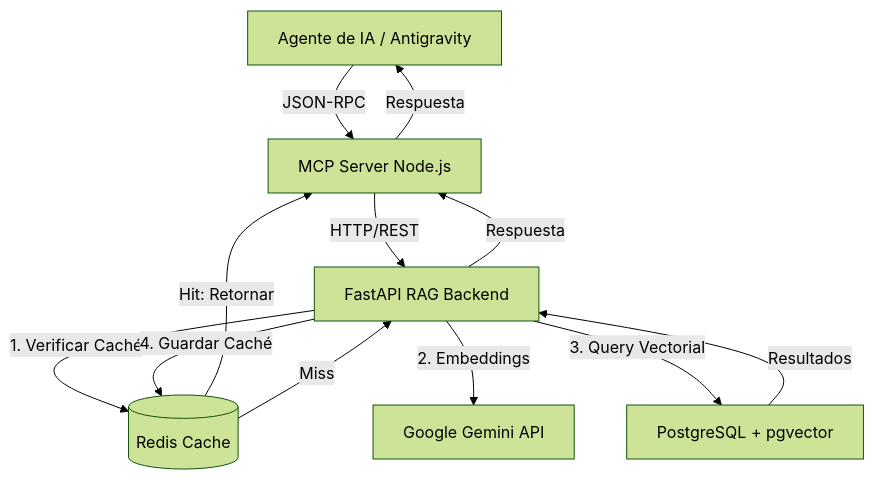
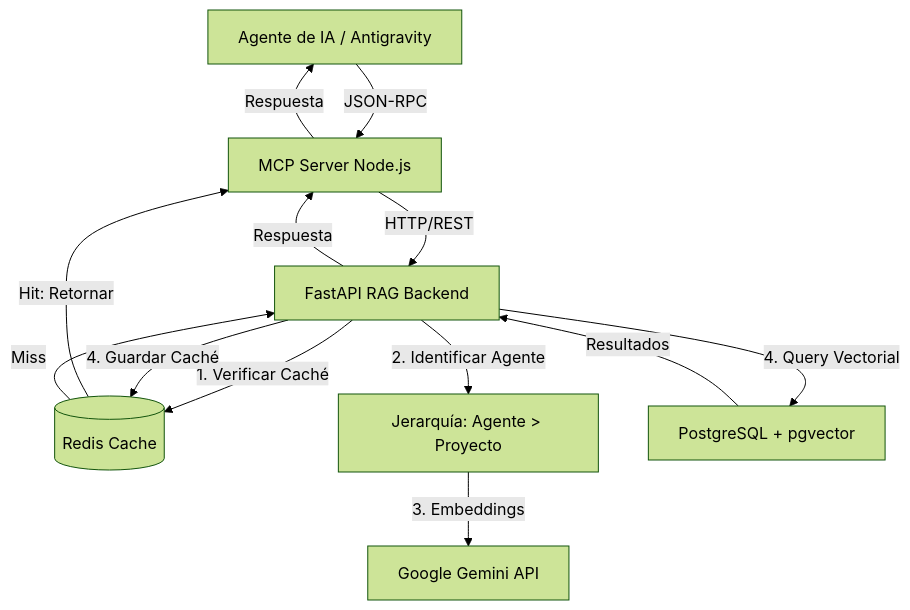
The diagram in docs/architecture.md (Enkil1976/Memoria_RAG2_MCP_Server), drawn with Mermaid (forest theme) before and after one commit. The commit also changed other lines of this file and 4 other files, not shown here.

````diff
--- a/docs/architecture.md
+++ b/docs/architecture.md
@@ -7,14 +7,15 @@
 ```mermaid
 graph TD
     A[Agente de IA / Antigravity] -->|JSON-RPC| B[MCP Server Node.js]
     B -->|HTTP/REST| C[FastAPI RAG Backend]
     C -->|1. Verificar Caché| F[(Redis Cache)]
     F -->|Hit: Retornar| B
     F -->|Miss| C
-    C -->|2. Embeddings| D[Google Gemini API]
-    C -->|3. Query Vectorial| E[PostgreSQL + pgvector]
+    C -->|2. Identificar Agente| G[Jerarquía: Agente > Proyecto]
+    G -->|3. Embeddings| D[Google Gemini API]
+    C -->|4. Query Vectorial| E[PostgreSQL + pgvector]
     E -->|Resultados| C
     C -->|4. Guardar Caché| F
     C -->|Respuesta| B
     B -->|Respuesta| A
 ```
````
